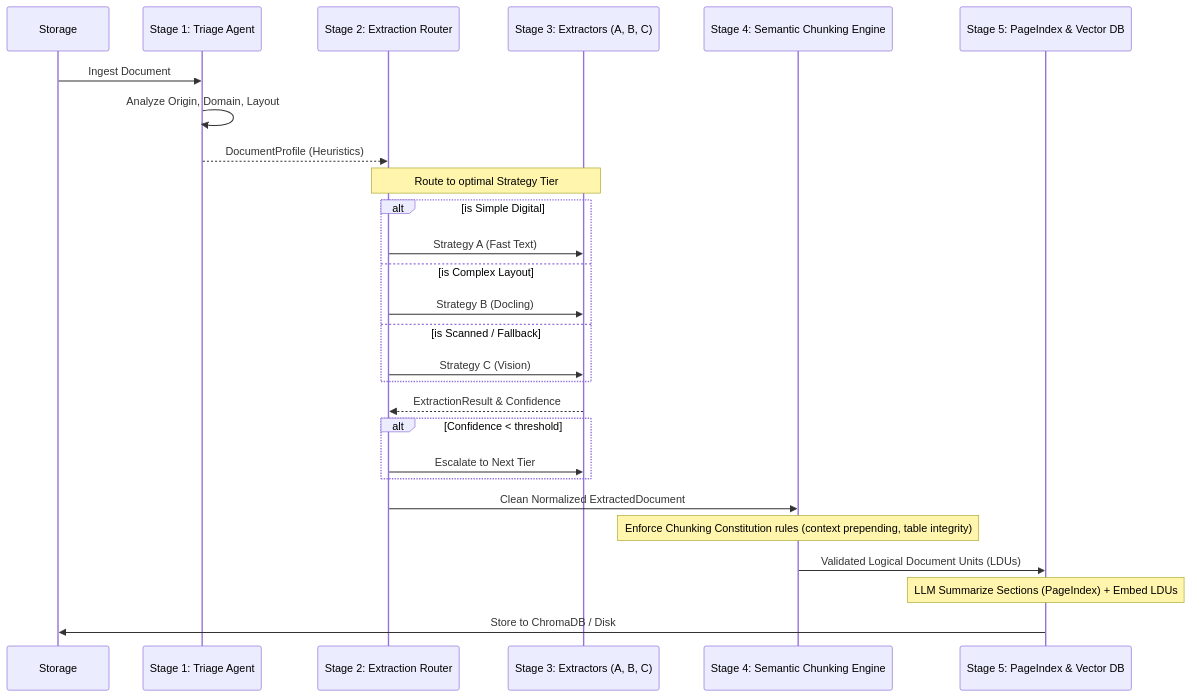
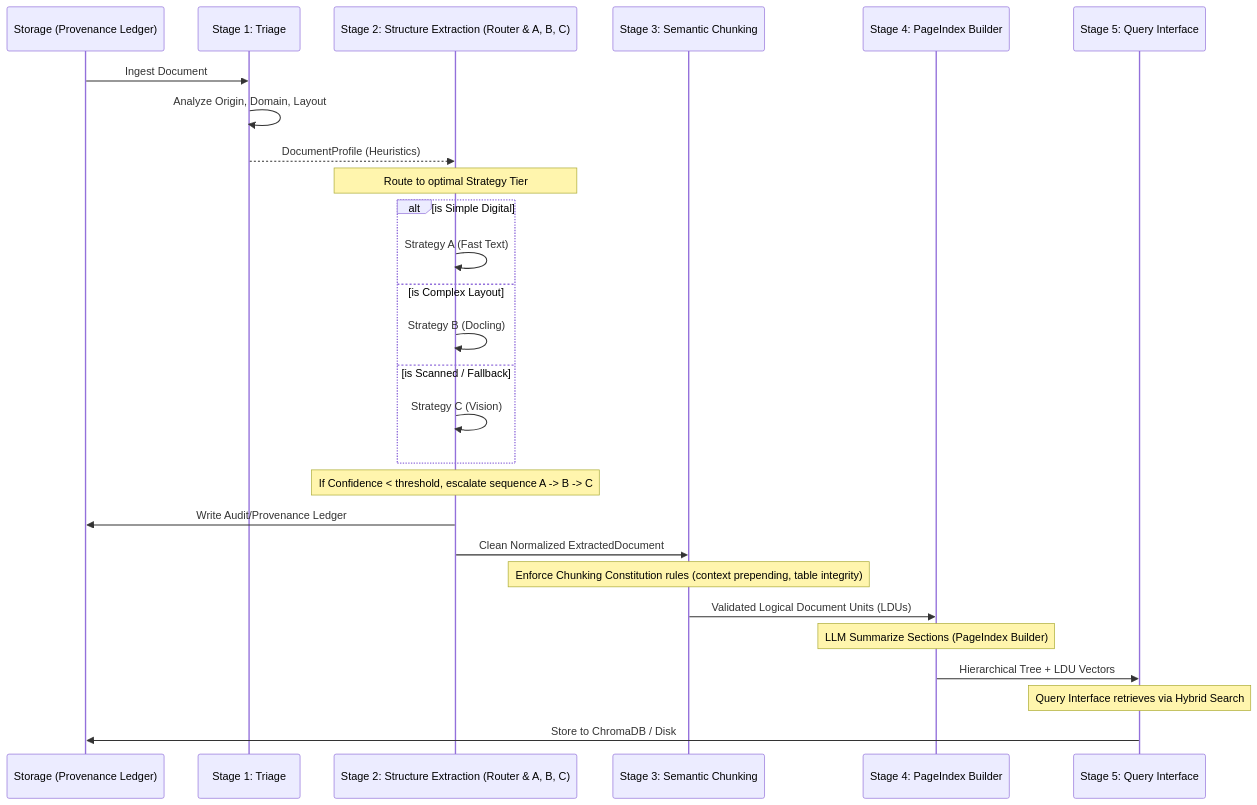
Before and after one commit to richh-s/document_intelligence_refinery: the second of 2 diagrams in final_project_report.md, drawn with Mermaid. The commit also changed other lines of this file, not shown here.

Commit message:
docs: perfect rubric compliance for architecture diagrams, cost-quality connections, and corpus classification

````diff
--- a/final_project_report.md
+++ b/final_project_report.md
@@ -113,38 +123,38 @@
 ```mermaid
 sequenceDiagram
-    participant S as Storage
-    participant T as Stage 1: Triage Agent
-    participant R as Stage 2: Extraction Router
-    participant EX as Stage 3: Extractors (A, B, C)
-    participant C as Stage 4: Semantic Chunking Engine
-    participant I as Stage 5: PageIndex & Vector DB
+    participant S as Storage (Provenance Ledger)
+    participant T as Stage 1: Triage
+    participant EX as Stage 2: Structure Extraction (Router & A, B, C)
+    participant C as Stage 3: Semantic Chunking
+    participant P as Stage 4: PageIndex Builder
+    participant Q as Stage 5: Query Interface
 
     S->>T: Ingest Document
     T->>T: Analyze Origin, Domain, Layout
-    T-->>R: DocumentProfile (Heuristics)
+    T-->>EX: DocumentProfile (Heuristics)
     
-    Note over R, EX: Route to optimal Strategy Tier
+    Note over EX: Route to optimal Strategy Tier
     
     alt is Simple Digital
-        R->>EX: Strategy A (Fast Text)
+        EX->>EX: Strategy A (Fast Text)
     else is Complex Layout
-        R->>EX: Strategy B (Docling)
+        EX->>EX: Strategy B (Docling)
     else is Scanned / Fallback
-        R->>EX: Strategy C (Vision)
+        EX->>EX: Strategy C (Vision)
     end
     
-    EX-->>R: ExtractionResult & Confidence
+    Note over EX: If Confidence < threshold, escalate sequence A -> B -> C
     
-    alt Confidence < threshold
-        R->>EX: Escalate to Next Tier
-    end
-    
-    R->>C: Clean Normalized ExtractedDocument
+    EX->>S: Write Audit/Provenance Ledger
+    EX->>C: Clean Normalized ExtractedDocument
     
     Note over C: Enforce Chunking Constitution rules (context prepending, table integrity)
     
-    C->>I: Validated Logical Document Units (LDUs)
+    C->>P: Validated Logical Document Units (LDUs)
     
-    Note over I: LLM Summarize Sections (PageIndex) + Embed LDUs
-    I->>S: Store to ChromaDB / Disk
+    Note over P: LLM Summarize Sections (PageIndex Builder)
+    P->>Q: Hierarchical Tree + LDU Vectors
+    
+    Note over Q: Query Interface retrieves via Hybrid Search
+    Q->>S: Store to ChromaDB / Disk
 ```
````
